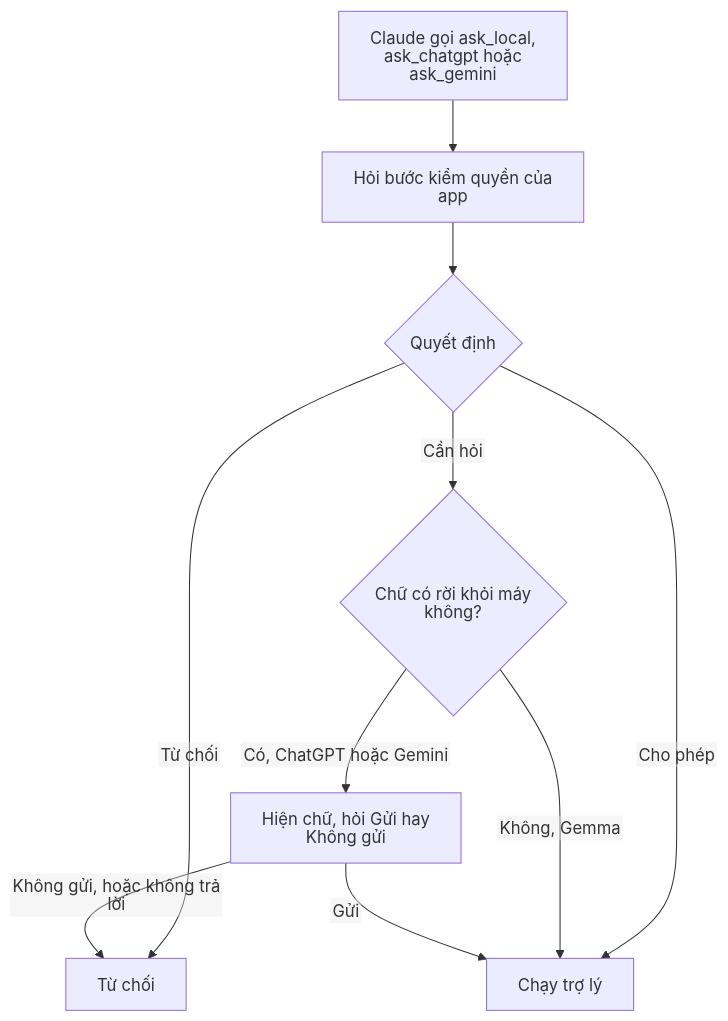
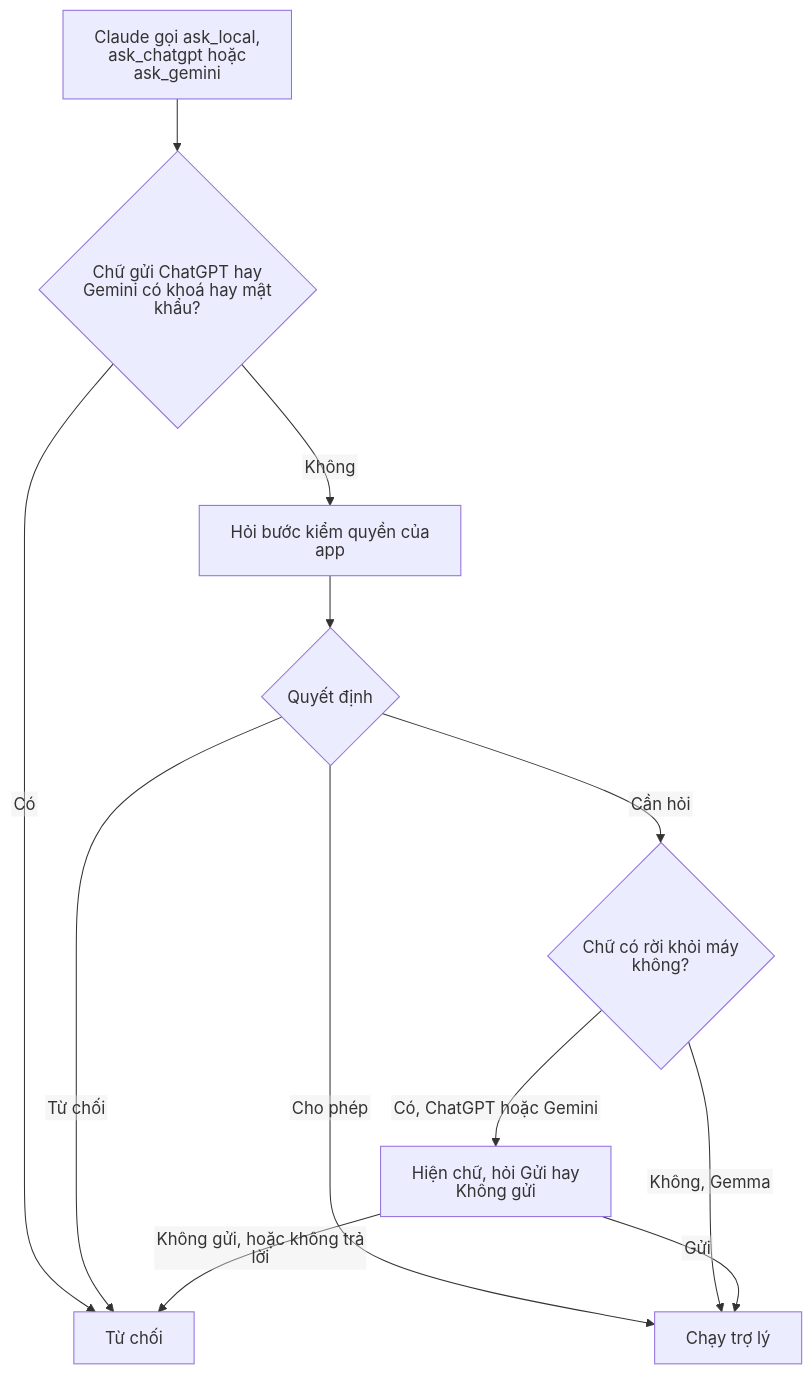
One commit to anhle9x/ai-worker changed diagram 11 of 12 in docs/ARCHITECTURE.vi.md. Above: the diagram before and after it, drawn with Mermaid. The commit also changed other lines of this file and 43 other files, not shown here.

Commit message:
0.42.0: a record of each handoff to ChatGPT, Gemini or Gemma in the audit log, and a check of their answers

````diff
--- a/docs/ARCHITECTURE.vi.md
+++ b/docs/ARCHITECTURE.vi.md
@@ -393,13 +400,15 @@
 ```mermaid
 %%{init: {"htmlLabels": false, "flowchart": {"htmlLabels": false}}}%%
 flowchart TD
-  Call["Claude gọi ask_local, ask_chatgpt hoặc ask_gemini"] --> Check["Hỏi bước kiểm quyền của app"]
+  Call["Claude gọi ask_local, ask_chatgpt hoặc ask_gemini"] --> Secret{"Chữ gửi ChatGPT hay Gemini có khoá hay mật khẩu?"}
+  Secret -- "Có" --> Refuse
+  Secret -- "Không" --> Check["Hỏi bước kiểm quyền của app"]
   Check --> D{"Quyết định"}
   D -- "Từ chối" --> Refuse["Từ chối"]
   D -- "Cho phép" --> Run["Chạy trợ lý"]
   D -- "Cần hỏi" --> Who{"Chữ có rời khỏi máy không?"}
   Who -- "Không, Gemma" --> Run
   Who -- "Có, ChatGPT hoặc Gemini" --> Ask["Hiện chữ, hỏi Gửi hay Không gửi"]
   Ask -- "Gửi" --> Run
   Ask -- "Không gửi, hoặc không trả lời" --> Refuse
 ```
````
